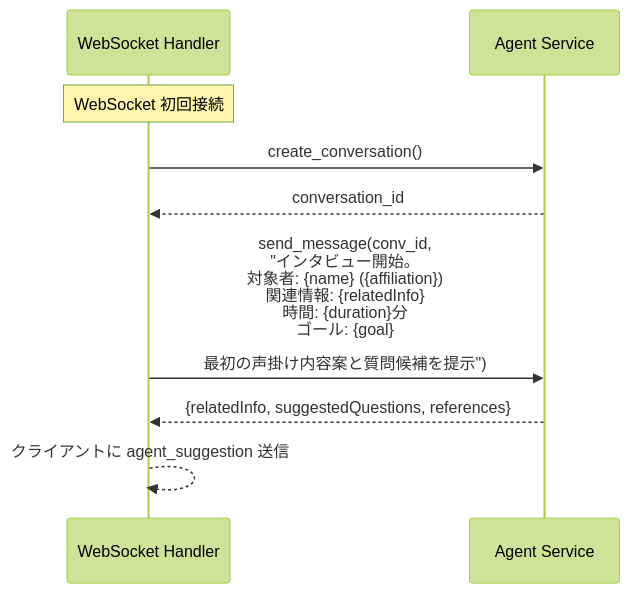
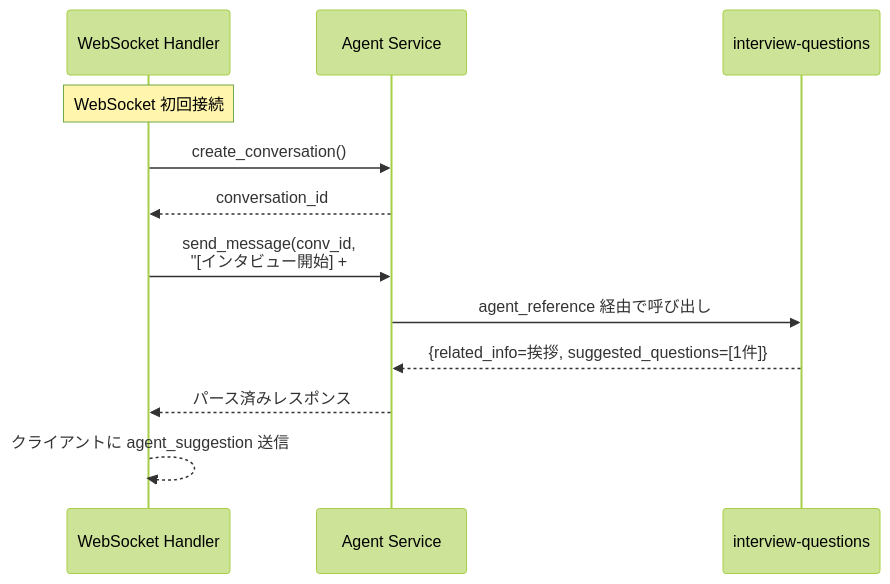
The eighth of 22 diagrams in spec/architecture.md (hatasaki/Interview-Assistant-AI), drawn with Mermaid (forest theme) before and after one commit. The commit also changed other lines of this file and 5 other files, not shown here.

Commit message:
Refactor architecture to implement role-specific Foundry Agents

````diff
--- a/spec/architecture.md
+++ b/spec/architecture.md
@@ -387,12 +405,15 @@
 ```mermaid
 sequenceDiagram
     participant WS as WebSocket Handler
     participant AGT as Agent Service
+    participant Q as interview-questions
 
     Note over WS: WebSocket 初回接続
     WS->>AGT: create_conversation()
     AGT-->>WS: conversation_id
-    WS->>AGT: send_message(conv_id, <br/>"インタビュー開始。<br/>対象者: {name} ({affiliation})<br/>関連情報: {relatedInfo}<br/>時間: {duration}分<br/>ゴール: {goal}<br/><br/>最初の声掛け内容案と質問候補を提示")
-    AGT-->>WS: {relatedInfo, suggestedQuestions, references}
+    WS->>AGT: send_message(conv_id,<br/>"[インタビュー開始] + ## インタビュー情報",<br/>QUESTIONS_AGENT_NAME)
+    AGT->>Q: agent_reference 経由で呼び出し
+    Q-->>AGT: {related_info=挨拶, suggested_questions=[1件]}
+    AGT-->>WS: パース済みレスポンス
     WS-->>WS: クライアントに agent_suggestion 送信
 ```
````
